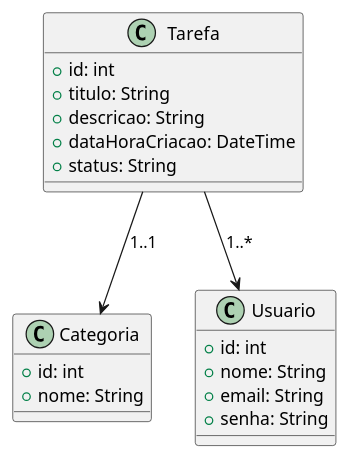
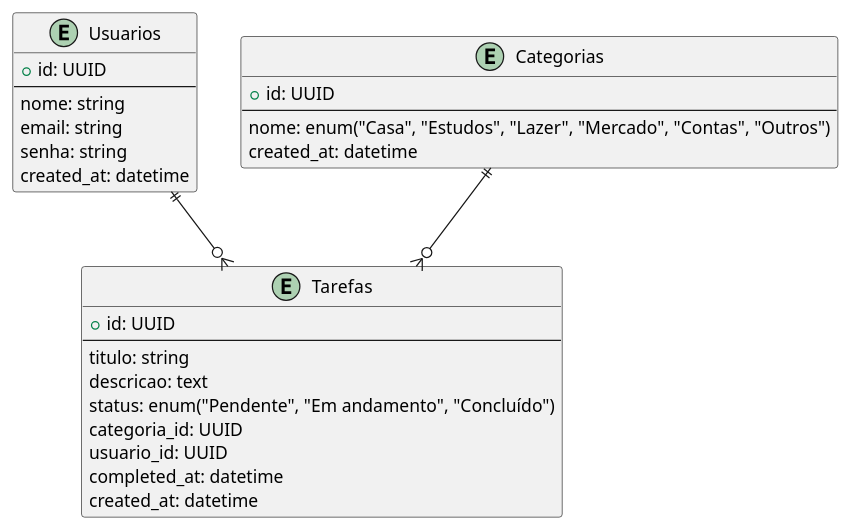
Before and after one commit to Pedro-Balestra/desafio-softpar: the diagram in MER.plantuml, drawn with PlantUML. The commit also changed other lines of this file, not shown here.

Commit message:
Refactor MER

```diff
--- a/MER.plantuml
+++ b/MER.plantuml
@@ -1,24 +1,34 @@
 @startuml MER
-class Tarefa {
-  +id: int
-  +titulo: String
-  +descricao: String
-  +dataHoraCriacao: DateTime
-  +status: String
+
+entity "Usuarios" as usuarios {
+    + id: UUID
+    --
+    nome: string
+    email: string
+    senha: string
+    created_at: datetime
 }
 
-class Categoria {
-  +id: int
-  +nome: String
+entity "Tarefas" as tarefas {
+    + id: UUID
+    --
+    titulo: string
+    descricao: text
+    status: enum("Pendente", "Em andamento", "Concluído")
+    categoria_id: UUID
+    usuario_id: UUID
+    completed_at: datetime
+    created_at: datetime
 }
 
-class Usuario {
-  +id: int
-  +nome: String
-  +email: String
-  +senha: String
+entity "Categorias" as categorias {
+    + id: UUID
+    --
+    nome: enum("Casa", "Estudos", "Lazer", "Mercado", "Contas", "Outros")
+    created_at: datetime
 }
 
-Tarefa --> Categoria : "1..1"
-Tarefa --> Usuario : "1..*"
+usuarios ||--o{ tarefas
+categorias ||--o{ tarefas
+
 @enduml
```
